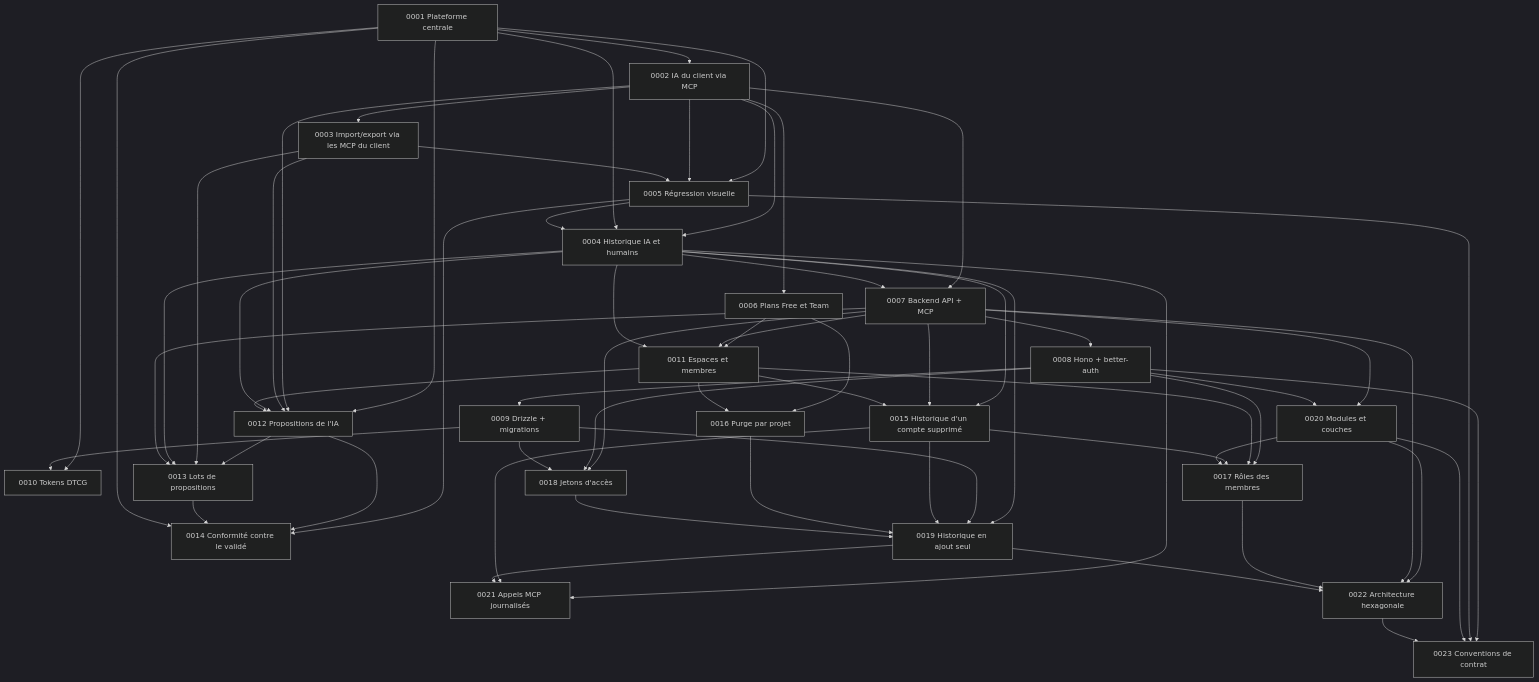
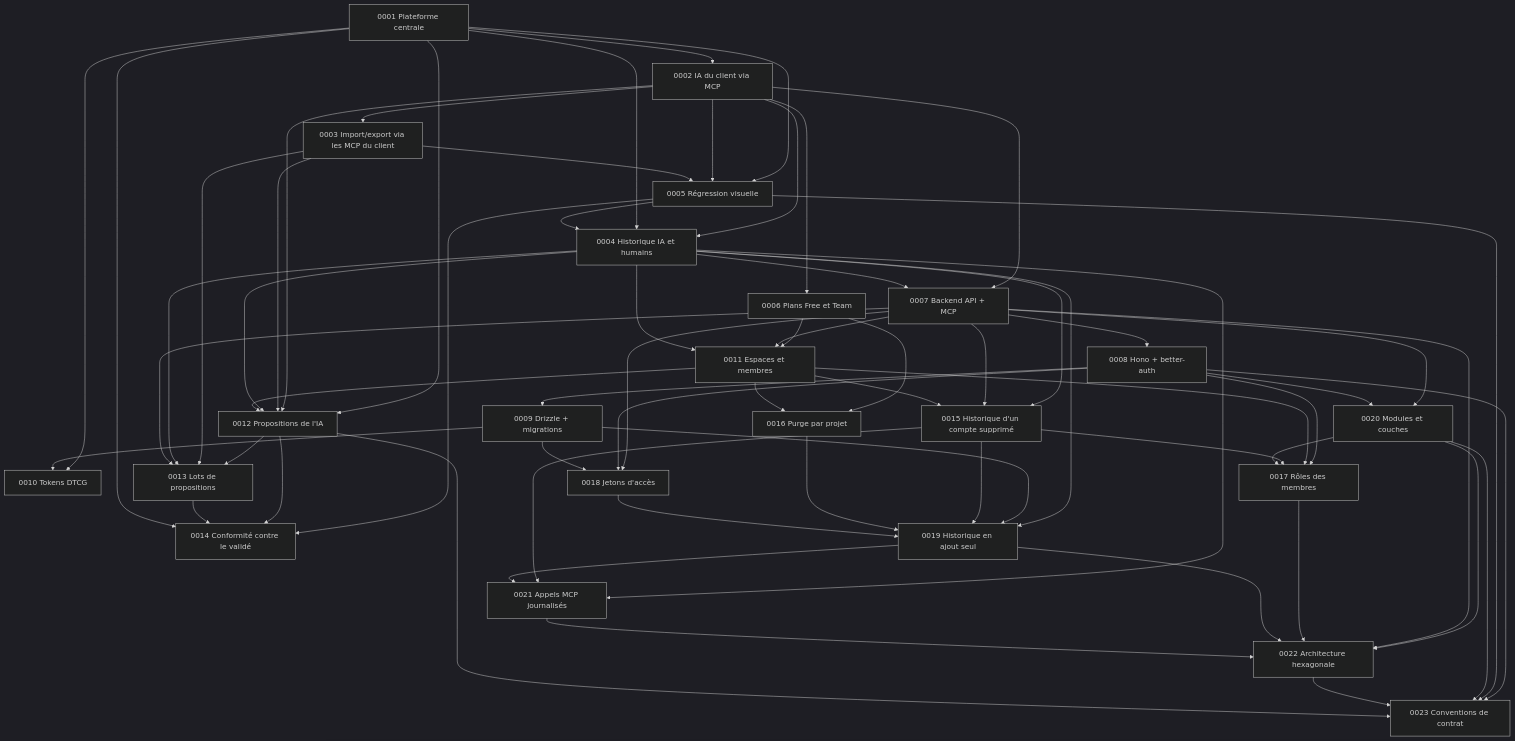
One commit to Muhammed21/dezyn changed the diagram in docs/adr/README.md. Above: the diagram before and after it, drawn with Mermaid (dark theme). The commit also changed other lines of this file and 2 other files, not shown here.

Commit message:
docs(docs): aligne le glossaire sur les décisions de la séance de domain modeling
Historique propre à chaque projet, terme Thème, Validée et snapshot accepté,
propositions de suppression, variante relue, décision proposée avec ses tokens,
table de traduction des termes dans le code, et index des ADR complété.

````diff
--- a/docs/adr/README.md
+++ b/docs/adr/README.md
@@ -35,64 +35,66 @@
 ```mermaid
 graph TD
   0001[0001 Plateforme centrale] --> 0002[0002 IA du client via MCP]
   0002 --> 0003[0003 Import/export via les MCP du client]
   0002 --> 0004[0004 Historique IA et humains]
   0001 --> 0004
   0001 --> 0005[0005 Régression visuelle]
   0002 --> 0005
   0003 --> 0005
   0005 --> 0004
   0002 --> 0006[0006 Plans Free et Team]
   0002 --> 0007[0007 Backend API + MCP]
   0004 --> 0007
   0007 --> 0008[0008 Hono + better-auth]
   0008 --> 0009[0009 Drizzle + migrations]
   0001 --> 0010[0010 Tokens DTCG]
   0009 --> 0010
   0006 --> 0011[0011 Espaces et membres]
   0007 --> 0011
   0004 --> 0011
   0001 --> 0012[0012 Propositions de l'IA]
   0002 --> 0012
   0003 --> 0012
   0004 --> 0012
   0011 --> 0012
   0012 --> 0013[0013 Lots de propositions]
   0003 --> 0013
   0004 --> 0013
   0007 --> 0013
   0005 --> 0014[0014 Conformité contre le validé]
   0012 --> 0014
   0013 --> 0014
   0001 --> 0014
   0004 --> 0015[0015 Historique d'un compte supprimé]
   0007 --> 0015
   0011 --> 0015
   0006 --> 0016[0016 Purge par projet]
   0011 --> 0016
   0008 --> 0017[0017 Rôles des membres]
   0011 --> 0017
   0015 --> 0017
   0007 --> 0018[0018 Jetons d'accès]
   0008 --> 0018
   0009 --> 0018
   0004 --> 0019[0019 Historique en ajout seul]
   0009 --> 0019
   0015 --> 0019
   0016 --> 0019
   0018 --> 0019
   0007 --> 0020[0020 Modules et couches]
   0008 --> 0020
   0020 --> 0017
   0004 --> 0021[0021 Appels MCP journalisés]
   0015 --> 0021
   0019 --> 0021
   0020 --> 0022[0022 Architecture hexagonale]
   0007 --> 0022
   0017 --> 0022
   0019 --> 0022
   0008 --> 0023[0023 Conventions de contrat]
   0005 --> 0023
   0020 --> 0023
   0022 --> 0023
+  0021 --> 0022
+  0012 --> 0023
 ```
````
